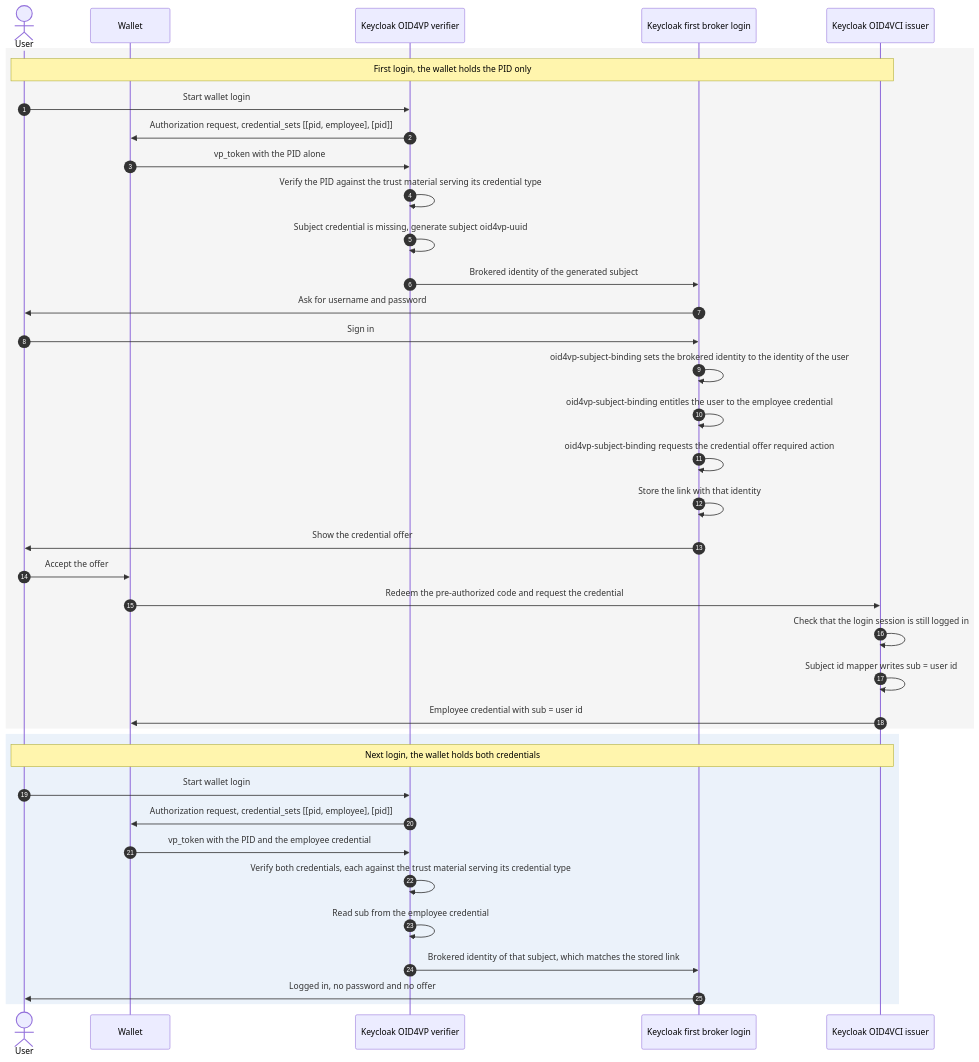
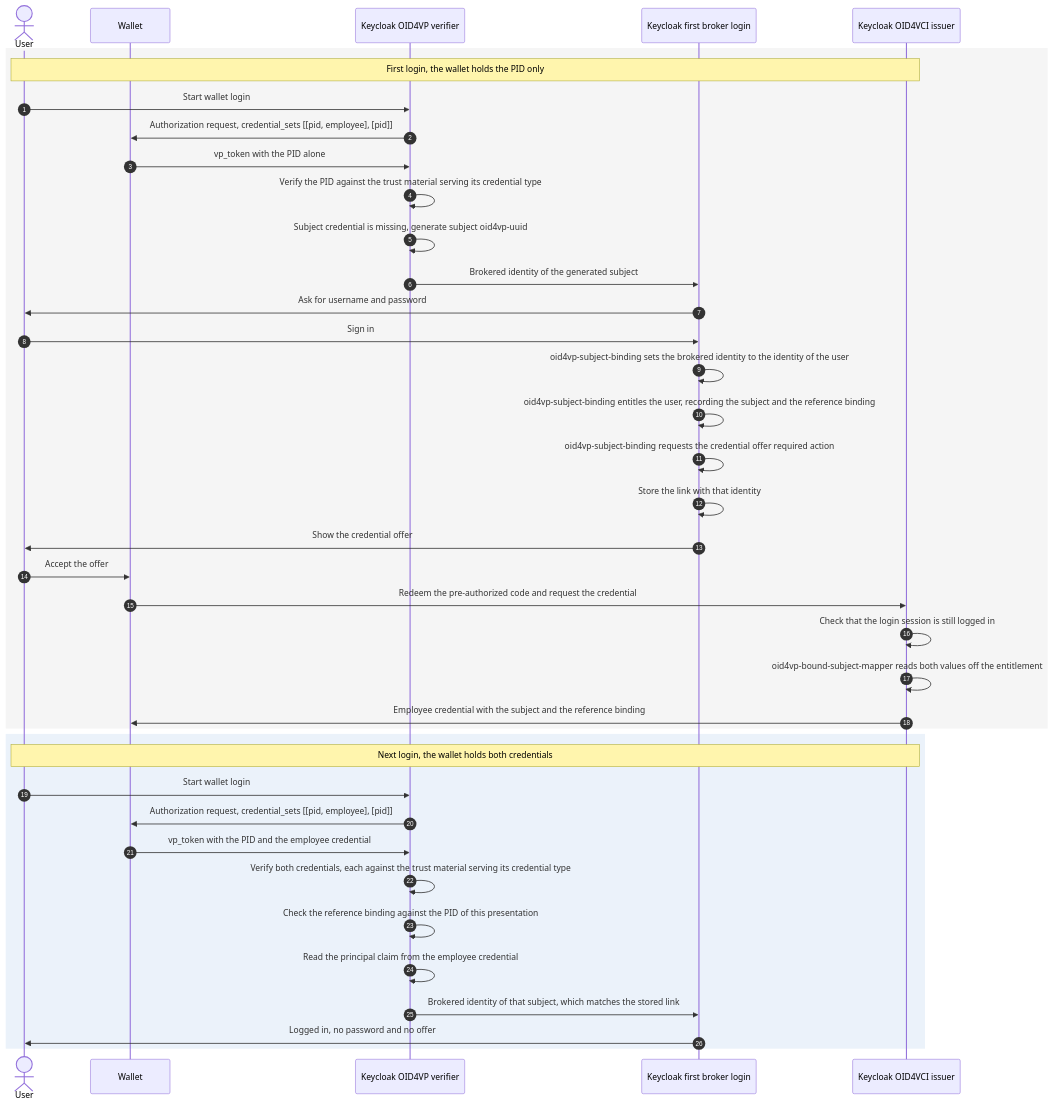
The diagram in docs/configuration.md (ba-itsys/keycloak-extension-oid4vp), drawn with Mermaid before and after one commit. The commit also changed other lines of this file and 56 other files, not shown here.

Commit message:
feat: resolve the login subject from multiple credentials and add a reference-credential binding SPI

````diff
--- a/docs/configuration.md
+++ b/docs/configuration.md
@@ -101,42 +125,43 @@
 ```mermaid
 sequenceDiagram
     autonumber
     actor User
     participant Wallet
     participant Verifier as Keycloak OID4VP verifier
     participant Broker as Keycloak first broker login
     participant Issuer as Keycloak OID4VCI issuer
 
     rect rgb(245, 245, 245)
     note over User, Issuer: First login, the wallet holds the PID only
     User->>Verifier: Start wallet login
     Verifier->>Wallet: Authorization request, credential_sets [[pid, employee], [pid]]
     Wallet->>Verifier: vp_token with the PID alone
     Verifier->>Verifier: Verify the PID against the trust material serving its credential type
     Verifier->>Verifier: Subject credential is missing, generate subject oid4vp-uuid
     Verifier->>Broker: Brokered identity of the generated subject
     Broker->>User: Ask for username and password
     User->>Broker: Sign in
     Broker->>Broker: oid4vp-subject-binding sets the brokered identity to the identity of the user
-    Broker->>Broker: oid4vp-subject-binding entitles the user to the employee credential
+    Broker->>Broker: oid4vp-subject-binding entitles the user, recording the subject and the reference binding
     Broker->>Broker: oid4vp-subject-binding requests the credential offer required action
     Broker->>Broker: Store the link with that identity
     Broker->>User: Show the credential offer
     User->>Wallet: Accept the offer
     Wallet->>Issuer: Redeem the pre-authorized code and request the credential
     Issuer->>Issuer: Check that the login session is still logged in
-    Issuer->>Issuer: Subject id mapper writes sub = user id
-    Issuer->>Wallet: Employee credential with sub = user id
+    Issuer->>Issuer: oid4vp-bound-subject-mapper reads both values off the entitlement
+    Issuer->>Wallet: Employee credential with the subject and the reference binding
     end
 
     rect rgb(235, 242, 250)
     note over User, Issuer: Next login, the wallet holds both credentials
     User->>Verifier: Start wallet login
     Verifier->>Wallet: Authorization request, credential_sets [[pid, employee], [pid]]
     Wallet->>Verifier: vp_token with the PID and the employee credential
     Verifier->>Verifier: Verify both credentials, each against the trust material serving its credential type
-    Verifier->>Verifier: Read sub from the employee credential
+    Verifier->>Verifier: Check the reference binding against the PID of this presentation
+    Verifier->>Verifier: Read the principal claim from the employee credential
     Verifier->>Broker: Brokered identity of that subject, which matches the stored link
     Broker->>User: Logged in, no password and no offer
     end
 ```
````
